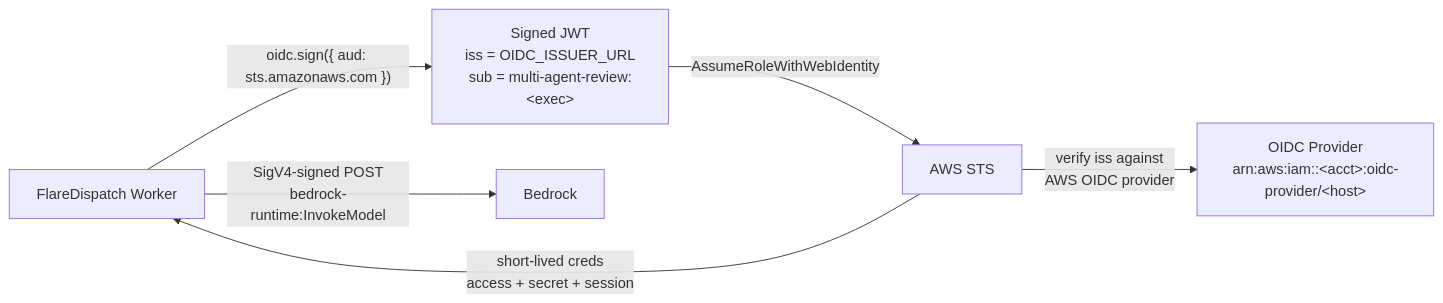
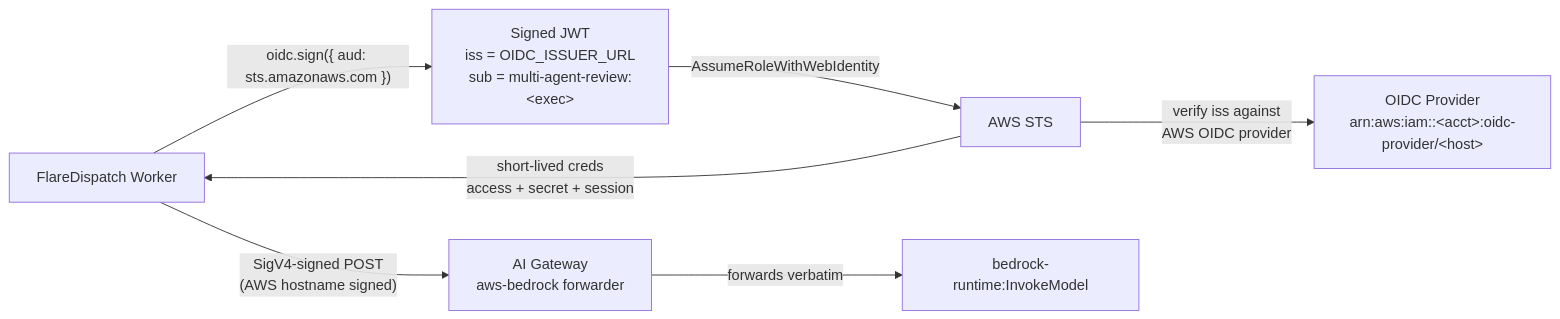
One commit to OpenHackersClub/flare-dispatch changed the first of 2 diagrams in recipes/multi-agent-review/README.md. Above: the diagram before and after it, drawn with Mermaid. The commit also changed other lines of this file and 14 other files, not shown here.

First line of the commit message:
feat(modelGateway): bedrock-via-AI-Gateway route + bedrock backend for pr-review

````diff
--- a/recipes/multi-agent-review/README.md
+++ b/recipes/multi-agent-review/README.md
@@ -19,8 +23,9 @@
 ```mermaid
 flowchart LR
   W[FlareDispatch Worker] -->|"oidc.sign({ aud: sts.amazonaws.com })"| JWT[Signed JWT<br/>iss = OIDC_ISSUER_URL<br/>sub = multi-agent-review:&lt;exec&gt;]
   JWT -->|AssumeRoleWithWebIdentity| STS[AWS STS]
   STS -->|"verify iss against<br/>AWS OIDC provider"| OP[OIDC Provider<br/>arn:aws:iam::&lt;acct&gt;:oidc-provider/&lt;host&gt;]
   STS -->|short-lived creds<br/>access + secret + session| W
-  W -->|"SigV4-signed POST<br/>bedrock-runtime:InvokeModel"| BR[Bedrock]
+  W -->|"SigV4-signed POST<br/>(AWS hostname signed)"| AIG[AI Gateway<br/>aws-bedrock forwarder]
+  AIG -->|forwards verbatim| BR[bedrock-runtime:InvokeModel]
 ```
````
